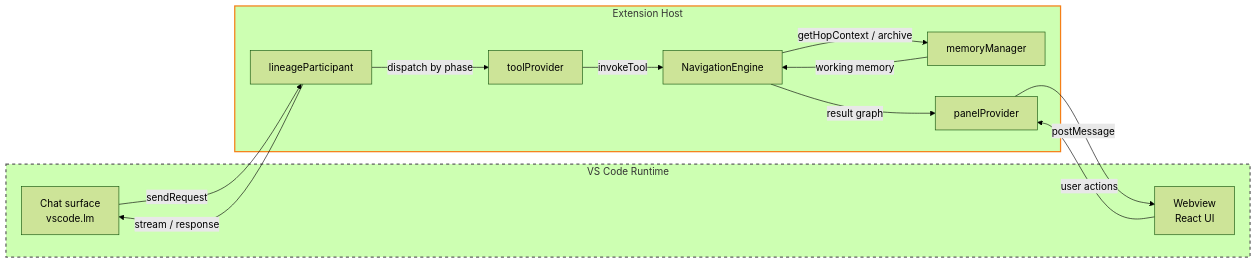
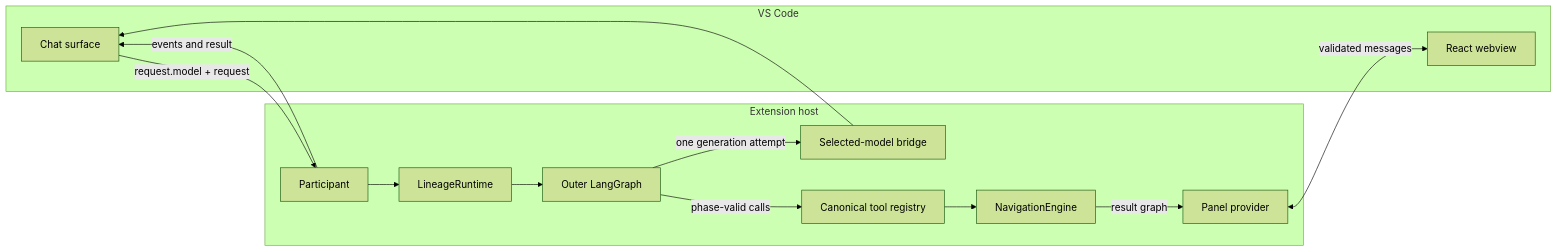
The first of 2 diagrams in docs/ARCHITECTURE.md (ChrisDevRepo/vscode_data_lineage), drawn with Mermaid (forest theme) before and after one commit. The commit also changed other lines of this file and 525 other files, not shown here.

````diff
--- a/docs/ARCHITECTURE.md
+++ b/docs/ARCHITECTURE.md
@@ -54,26 +48,25 @@
 ```mermaid
 flowchart LR
-    subgraph VSC[VS Code Runtime]
-        CP[Chat surface<br/>vscode.lm]
-        WV[Webview<br/>React UI]
+    subgraph VSC[VS Code]
+        CHAT[Chat surface]
+        WV[React webview]
     end
-    subgraph EXT[Extension Host]
-        LP[lineageParticipant]
-        TP[toolProvider]
-        NE[NavigationEngine]
-        MM[memoryManager]
-        PP[panelProvider]
+
+    subgraph HOST[Extension host]
+        PART[Participant]
+        RUNTIME[LineageRuntime]
+        GRAPH[Outer LangGraph]
+        MODEL[Selected-model bridge]
+        TOOLS[Canonical tool registry]
+        NAV[NavigationEngine]
+        PANEL[Panel provider]
     end
-    CP -->|sendRequest| LP
-    LP -->|stream / response| CP
-    LP -->|dispatch by phase| TP
-    TP -->|invokeTool| NE
-    NE -->|getHopContext / archive| MM
-    MM -->|working memory| NE
-    NE -->|result graph| PP
-    PP -->|postMessage| WV
-    WV -->|user actions| PP
 
-    style VSC stroke:#616161,stroke-width:2px,stroke-dasharray:5 5
-    style EXT stroke:#f57f17,stroke-width:2px
+    CHAT -->|request.model + request| PART
+    PART -->|events and result| CHAT
+    PART --> RUNTIME --> GRAPH
+    GRAPH -->|one generation attempt| MODEL --> CHAT
+    GRAPH -->|phase-valid calls| TOOLS --> NAV
+    NAV -->|result graph| PANEL
+    PANEL <-->|validated messages| WV
 ```
````
